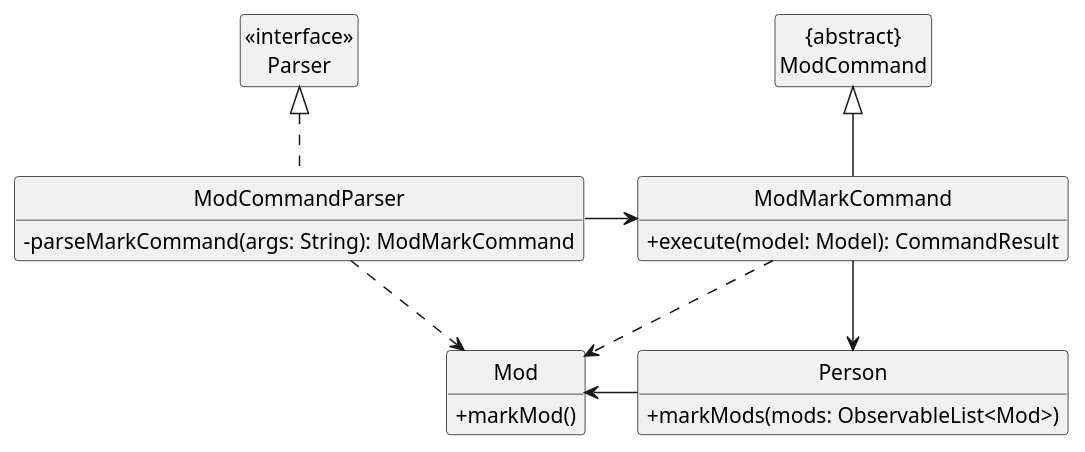
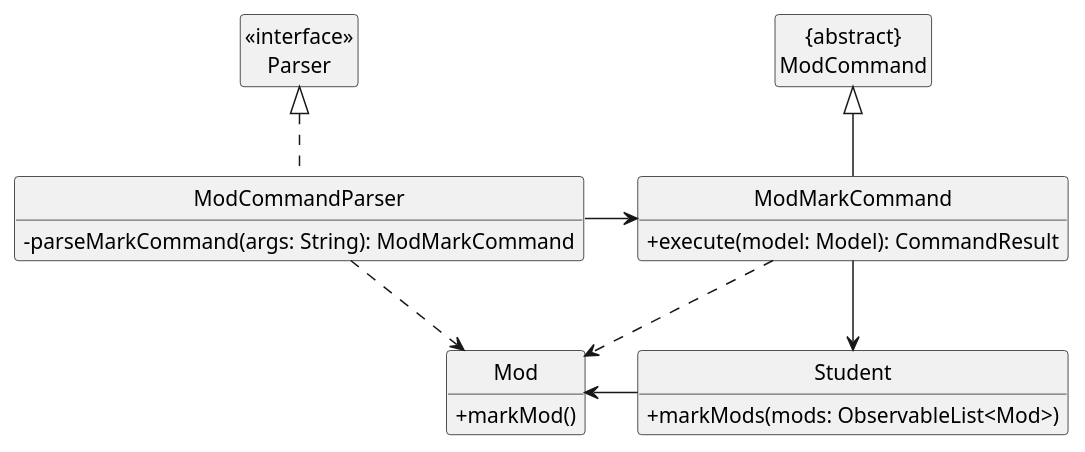
One commit to nus-cs2103-AY2223S1/tp changed the diagram in docs/diagrams/ModMarkClassDiagram.puml. Above: the diagram before and after it, drawn with PlantUML. The commit also changed 161 other files, not shown here.

Commit message:
Replace Person to Student

```diff
--- a/docs/diagrams/ModMarkClassDiagram.puml
+++ b/docs/diagrams/ModMarkClassDiagram.puml
@@ -1,34 +1,34 @@
 @startuml
 skinparam classAttributeIconSize 0
 hide circle
 hide members
 show ModCommandParser methods
 show ModMarkCommand methods
-show Person methods
+show Student methods
 show Mod methods
 
 Class "<<interface>>\nParser" as Parser
 Class "{abstract}\nModCommand" as ModCommand
 
 Class ModCommandParser {
   -parseMarkCommand(args: String): ModMarkCommand
 }
 Class ModMarkCommand {
   +execute(model: Model): CommandResult
 }
-Class Person {
+Class Student {
  +markMods(mods: ObservableList<Mod>)
 }
 Class Mod {
  +markMod()
 }
 
 Parser <|.. ModCommandParser
 ModCommand <|-- ModMarkCommand
 ModCommandParser -right-> ModMarkCommand
-ModMarkCommand --> Person
-Person -left-> Mod
+ModMarkCommand --> Student
+Student -left-> Mod
 ModCommandParser ..> Mod
 ModMarkCommand ..> Mod
 
 @enduml
```
